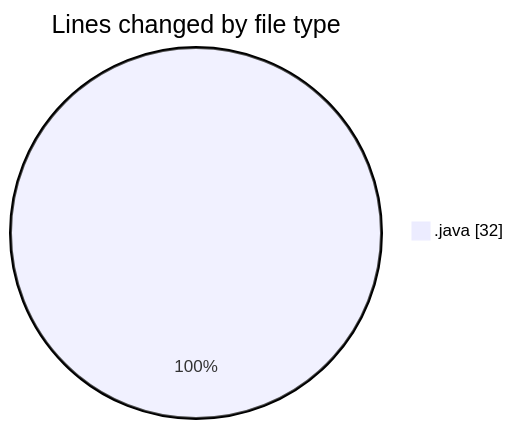
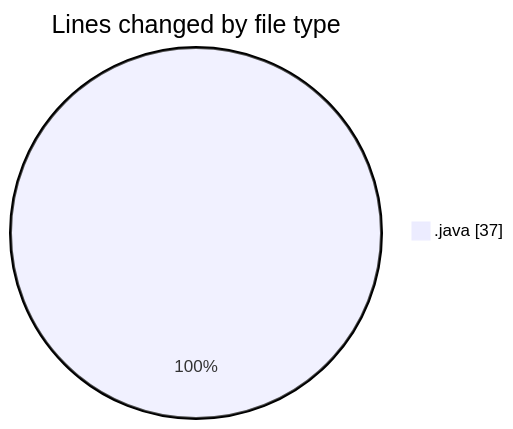
Before and after one commit to NitaiMahat/code-tracking: the first of 2 diagrams in 2025-02-12/coding_prac_4/README.md, drawn with Mermaid. The commit also changed other lines of this file and 1 other file, not shown here.

````diff
--- a/2025-02-12/coding_prac_4/README.md
+++ b/2025-02-12/coding_prac_4/README.md
@@ -20,5 +21,5 @@
 ```mermaid
 pie showData
 title Lines changed by file type
-".java" : 32
+".java" : 37
 ```
````
